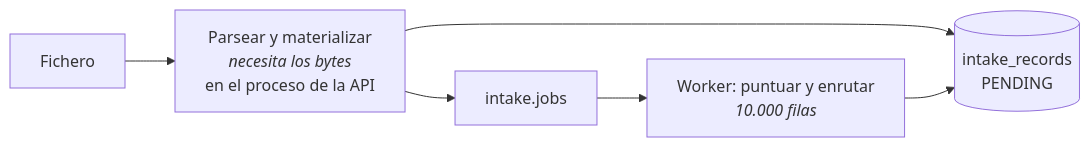
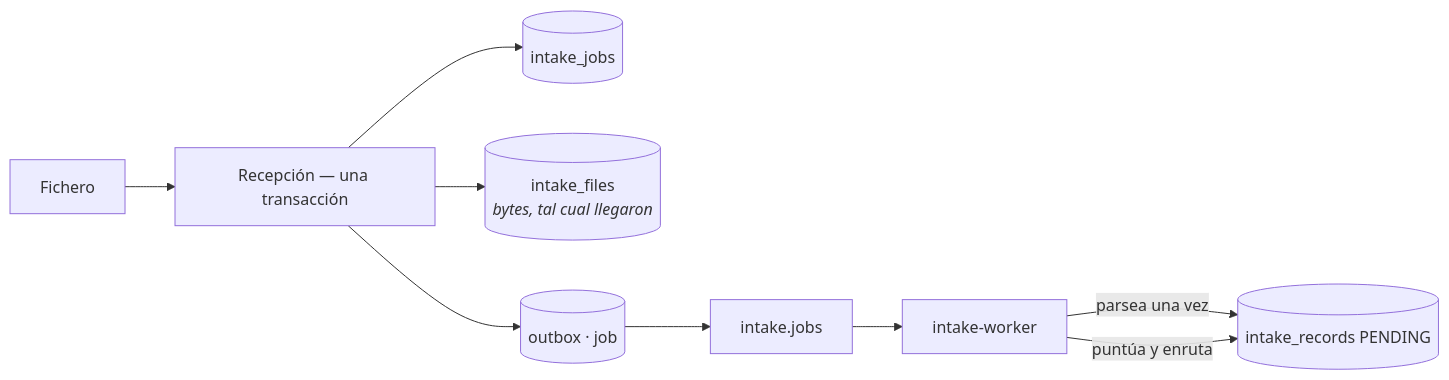
One commit to MDCIrony/leads-hexa changed the third of 3 diagrams in docs/content/eventos/rabbitmq.md. Above: the diagram before and after it, drawn with Mermaid. The commit also changed other lines of this file and 18 other files, not shown here.

Commit message:
docs(events): document per-channel outbox, internal topics and backend-worker

````diff
--- a/docs/content/eventos/rabbitmq.md
+++ b/docs/content/eventos/rabbitmq.md
@@ -76,8 +83,11 @@
 ```mermaid
 flowchart LR
-    F["Fichero"] --> P["Parsear y materializar<br/><i>necesita los bytes</i><br/>en el proceso de la API"]
-    P --> R[("intake_records<br/>PENDING")]
-    P --> Q["intake.jobs"]
-    Q --> W["Worker: puntuar y enrutar<br/><i>10.000 filas</i>"]
-    W --> R
+    F["Fichero"] --> R["Recepción — una transacción"]
+    R --> J[("intake_jobs")]
+    R --> FI[("intake_files<br/><i>bytes, tal cual llegaron</i>")]
+    R --> O[("outbox · job")]
+    O --> Q["intake.jobs"]
+    Q --> W["intake-worker"]
+    W -->|"parsea una vez"| REC[("intake_records PENDING")]
+    W -->|"puntúa y enruta"| REC
 ```
````
